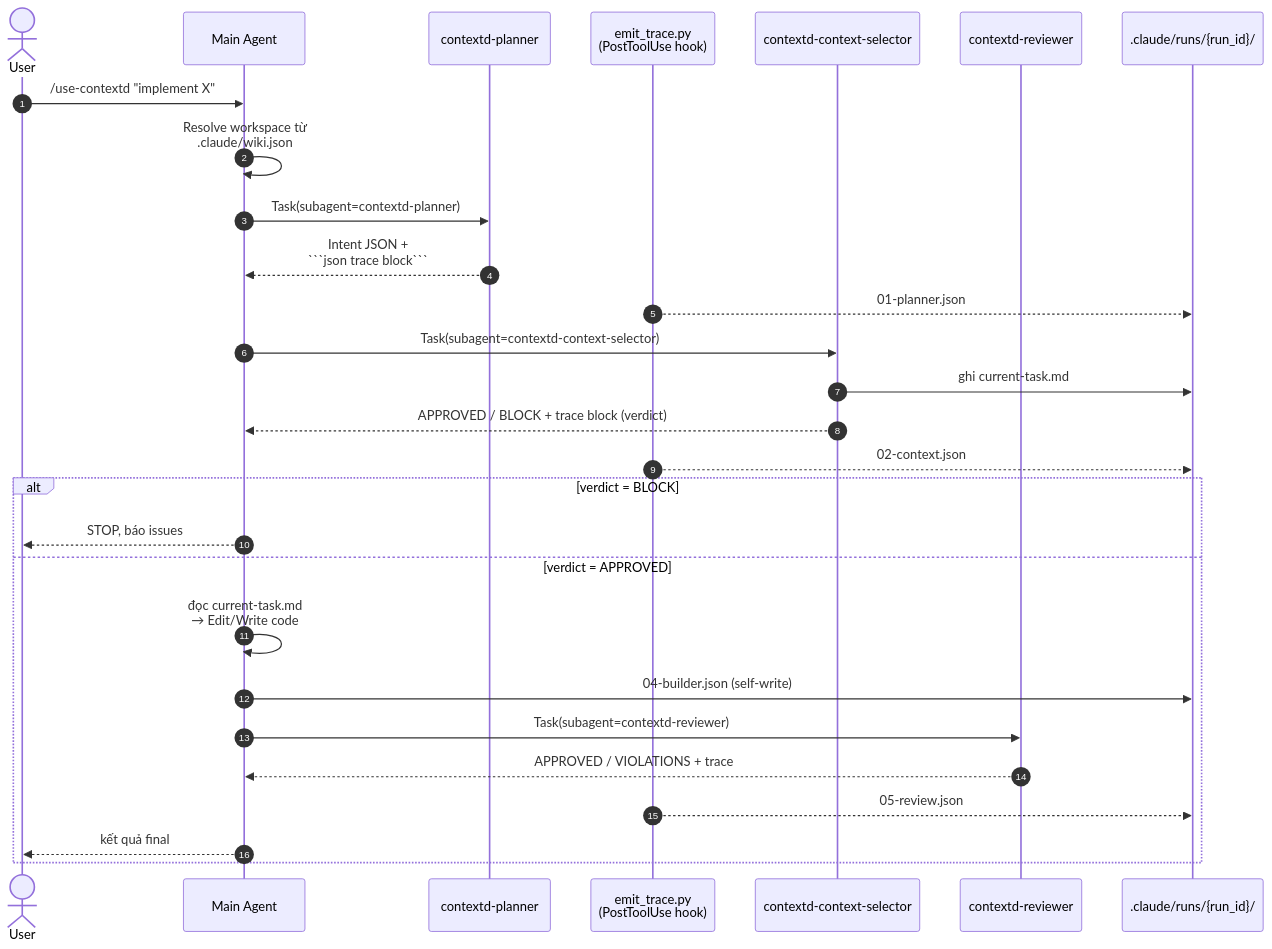
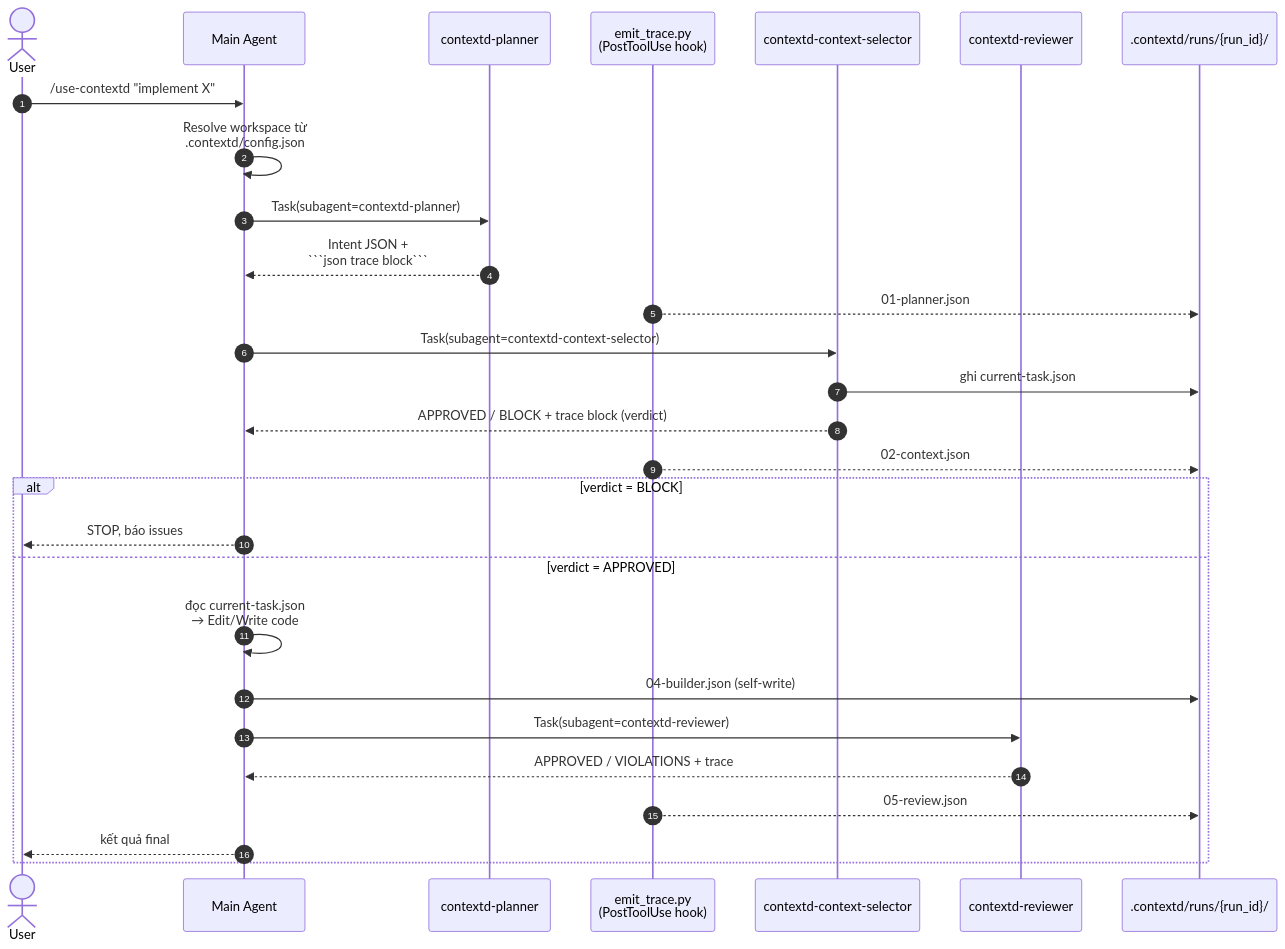
The first of 2 diagrams in agents/pipeline/PIPELINE-VISUAL.md (philngt/contextd), drawn with Mermaid before and after one commit. The commit also changed other lines of this file and 62 other files, not shown here.

````diff
--- a/agents/pipeline/PIPELINE-VISUAL.md
+++ b/agents/pipeline/PIPELINE-VISUAL.md
@@ -22,31 +22,31 @@
 ```mermaid
 sequenceDiagram
     autonumber
     actor U as User
     participant M as Main Agent
     participant P as contextd-planner
     participant H as emit_trace.py<br/>(PostToolUse hook)
     participant CS as contextd-context-selector
     participant R as contextd-reviewer
-    participant FS as .claude/runs/{run_id}/
+    participant FS as .contextd/runs/{run_id}/
 
     U->>M: /use-contextd "implement X"
-    M->>M: Resolve workspace từ<br/>.claude/wiki.json
+    M->>M: Resolve workspace từ<br/>.contextd/config.json
     M->>P: Task(subagent=contextd-planner)
     P-->>M: Intent JSON +<br/>```json trace block```
     H-->>FS: 01-planner.json
     M->>CS: Task(subagent=contextd-context-selector)
-    CS->>FS: ghi current-task.md
+    CS->>FS: ghi current-task.json
     CS-->>M: APPROVED / BLOCK + trace block (verdict)
     H-->>FS: 02-context.json
     alt verdict = BLOCK
         M-->>U: STOP, báo issues
     else verdict = APPROVED
-        M->>M: đọc current-task.md<br/>→ Edit/Write code
+        M->>M: đọc current-task.json<br/>→ Edit/Write code
         M->>FS: 04-builder.json (self-write)
         M->>R: Task(subagent=contextd-reviewer)
         R-->>M: APPROVED / VIOLATIONS + trace
         H-->>FS: 05-review.json
         M-->>U: kết quả final
     end
 ```
````
